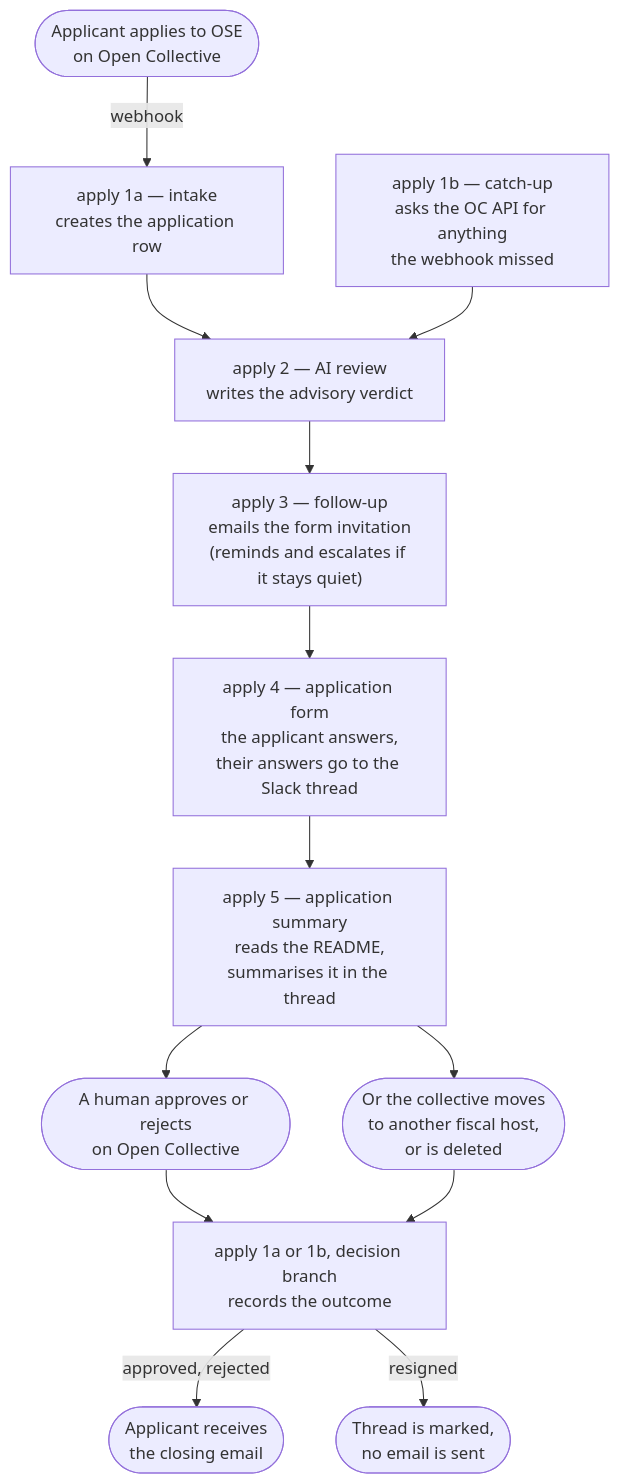
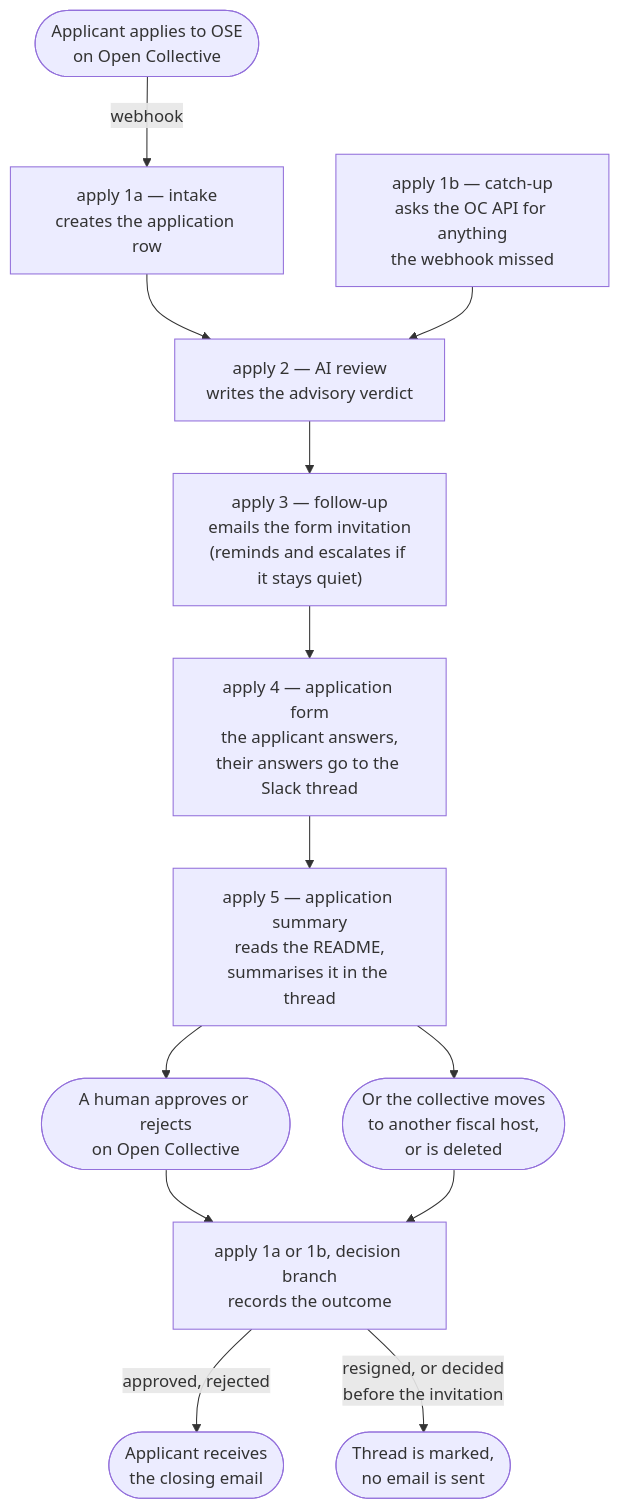
Before and after one commit to opensourceeurope/community: the diagram in automation/README.md, drawn with Mermaid. The commit also changed other lines of this file and 8 other files, not shown here.

Commit message:
fix: no form invitation or closing email for an application decided before the invitation (#101)

````diff
--- a/automation/README.md
+++ b/automation/README.md
@@ -111,17 +111,17 @@
 ```mermaid
 flowchart TD
     START(["Applicant applies to OSE<br>on Open Collective"])
     START -->|"webhook"| A1a["apply 1a — intake<br>creates the application row"]
     A1b["apply 1b — catch-up<br>asks the OC API for anything<br>the webhook missed"]
     A1a --> A2["apply 2 — AI review<br>writes the advisory verdict"]
     A1b --> A2
     A2 --> A3["apply 3 — follow-up<br>emails the form invitation<br>(reminds and escalates if it stays quiet)"]
     A3 --> A4["apply 4 — application form<br>the applicant answers,<br>their answers go to the Slack thread"]
     A4 --> A5s["apply 5 — application summary<br>reads the README,<br>summarises it in the thread"]
     A5s --> HUMAN(["A human approves or rejects<br>on Open Collective"])
     A5s --> GONE(["Or the collective moves<br>to another fiscal host,<br>or is deleted"])
     HUMAN --> A5["apply 1a or 1b, decision branch<br>records the outcome"]
     GONE --> A5
     A5 -->|"approved, rejected"| END(["Applicant receives<br>the closing email"])
-    A5 -->|"resigned"| MARK(["Thread is marked,<br>no email is sent"])
+    A5 -->|"resigned, or decided<br>before the invitation"| MARK(["Thread is marked,<br>no email is sent"])
 ```
````
